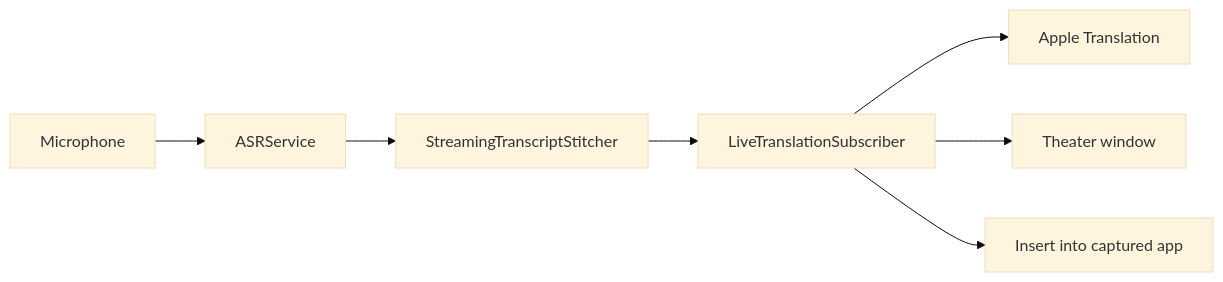
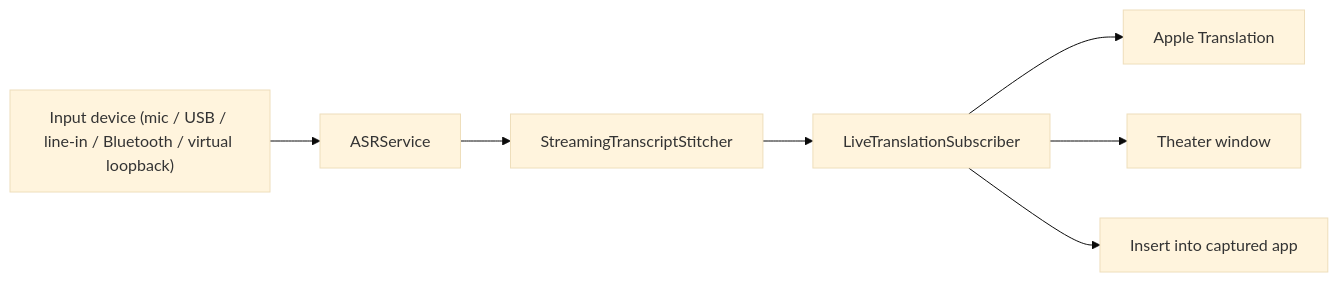
Before and after one commit to chrisswimlee/connectingCaptions: the diagram in docs/ARCHITECTURE.md, drawn with Mermaid (base theme). The commit also changed other lines of this file and 229 other files, not shown here.

````diff
--- a/docs/ARCHITECTURE.md
+++ b/docs/ARCHITECTURE.md
@@ -5,9 +5,9 @@
 ```mermaid
 flowchart LR
-  mic[Microphone] --> asr[ASRService]
+  mic["Input device (mic / USB / line-in / Bluetooth / virtual loopback)"] --> asr[ASRService]
   asr --> stitcher[StreamingTranscriptStitcher]
   stitcher --> subscriber[LiveTranslationSubscriber]
   subscriber --> apple[Apple Translation]
   subscriber --> theater[Theater window]
   subscriber --> insert[Insert into captured app]
 ```
````
